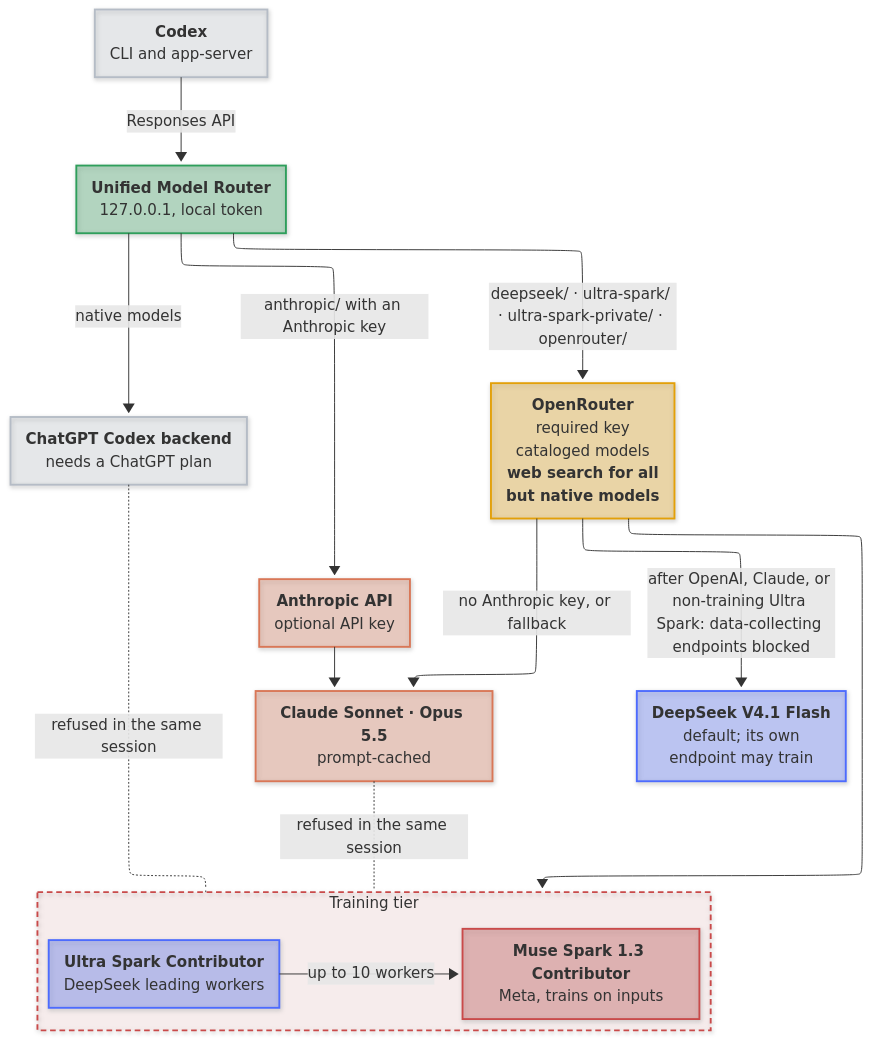
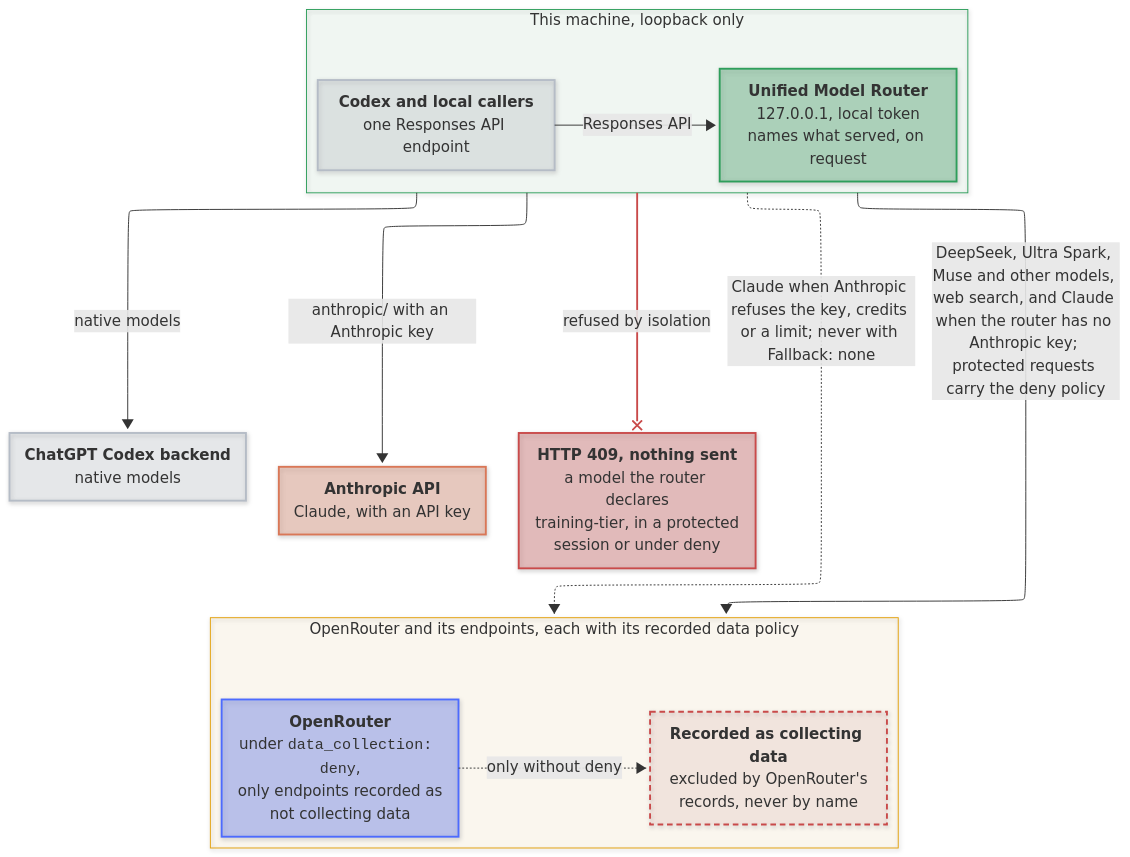
Before and after one commit to mirzahusadzic/unified-model-router: the diagram in README.md, drawn with Mermaid. The commit also changed other lines of this file and 1 other file, not shown here.

Commit message:
docs: draw the README chart by data policy, not by provider names
The chart no longer marks providers or models as training by name; it
shows the mechanism. Codex and local callers reach the router on one
row inside a "This machine, loopback only" box. Blue routes go to
OpenRouter: DeepSeek, Ultra Spark, Muse and other models, web search,
and Claude when the router has no Anthropic key, with protected
requests carrying the deny policy; a dotted one carries Claude when
Anthropic refuses the key, credits or a limit, never with
Fallback: none. Under data_collection: deny, OpenRouter uses only
endpoints its own records count as not collecting data; the endpoints
recorded as collecting data are drawn apart, reached only without
deny. Isolation is a red dead end: HTTP 409, nothing sent, for a model
the router declares training-tier. The key and the caption match.

Provider isolation in docs/routing.md now calls the training tier a
list the router declares, and describes the deny policy's reach by
OpenRouter's records rather than by naming who trains.

````diff
--- a/README.md
+++ b/README.md
@@ -38,7 +38,8 @@
     themeCSS: >-
         foreignObject { overflow: visible; }
         [data-look="neo"] * { filter: none !important; }
-        .node foreignObject, .node foreignObject *, .edgeLabel, .edgeLabel * {
+        .node foreignObject, .node foreignObject *, .edgeLabel, .edgeLabel *,
+        .cluster-label, .cluster-label * {
         font-family: -apple-system, BlinkMacSystemFont, "Segoe UI", "Noto Sans", Helvetica, Arial, sans-serif !important; line-height: 1.5 !important; }
         .node foreignObject, .node foreignObject * { white-space: nowrap !important; }
         code { font-family: ui-monospace, SFMono-Regular, "SF Mono", Menlo,
@@ -59,17 +60,14 @@
         box-shadow: 0 0 0 5px var(--fill), 0 0 0 7px var(--ring); }
         .label[data-id^="L_CX_RT_"] .labelBkg {
         --ring: #2e9e5b; }
-        .label[data-id^="L_RT_OR_"] .labelBkg,
-        .label[data-id^="L_OR_CL_"] .labelBkg,
-        .label[data-id^="L_OR_DS_"] .labelBkg {
-        --ring: #e3a008; }
-        .label[data-id^="L_RT_AN_"] .labelBkg {
+        .label[data-id^="L_TOP_ORB_"] .labelBkg {
+        --ring: #4d6bfe; }
+        .label[data-id^="L_TOP_AN_"] .labelBkg {
         --ring: #d97757; }
-        .label[data-id^="L_RT_OA_"] .labelBkg {
+        .label[data-id^="L_TOP_OA_"] .labelBkg {
         --ring: #b5bcc6; }
-        .label[data-id^="L_US_MU_"] .labelBkg,
-        .label[data-id^="L_OA_TT_"] .labelBkg,
-        .label[data-id^="L_CL_TT_"] .labelBkg {
+        .label[data-id^="L_TOP_NO_"] .labelBkg,
+        .label[data-id^="L_OR_CD_"] .labelBkg {
         --ring: #c94a4a; }
         .edgeLabel p, .edgeLabel span, .edgeLabel text {
         --halo: var(--fill, var(--vscode-editor-background,
@@ -82,43 +80,44 @@
         0 0 3px var(--halo), 0 0 4px var(--halo); }
 ---
 flowchart TB
-    CX["<b>Codex</b><br/>CLI and app-server"]
-    RT["<b>Unified Model Router</b><br/>127.0.0.1, local token"]
-    OA["<b>ChatGPT Codex backend</b><br/>needs a ChatGPT plan"]
-    AN["<b>Anthropic API</b><br/>optional API key"]
-    OR["<b>OpenRouter</b><br/>required key<br/>cataloged models<br/><b>web search for all</b><br/><b>but native models</b>"]
-    CL["<b>Claude Sonnet · Opus 5.5</b><br/>prompt-cached"]
-    DS["<b>DeepSeek V4.1 Flash</b><br/>default; its own<br/>endpoint may train"]
-    subgraph TT["Training tier"]
+    subgraph TOP["This machine, loopback only"]
         direction LR
-        US["<b>Ultra Spark Contributor</b><br/>DeepSeek leading workers"]
-        MU["<b>Muse Spark 1.3 Contributor</b><br/>Meta, trains on inputs"]
+        CX["<b>Codex and local callers</b><br/>one Responses API endpoint"]
+        RT["<b>Unified Model Router</b><br/>127.0.0.1, local token<br/>names what served, on request"]
+    end
+    OA["<b>ChatGPT Codex backend</b><br/>native models"]
+    AN["<b>Anthropic API</b><br/>Claude, with an API key"]
+    NO["<b>HTTP 409, nothing sent</b><br/>a model the router declares<br/>training-tier, in a protected<br/>session or under deny"]
+    subgraph ORB["OpenRouter and its endpoints, each with its recorded data policy"]
+        direction LR
+        OR["<b>OpenRouter</b><br/>under <code>data_collection: deny</code>,<br/>only endpoints recorded as<br/>not collecting data"]
+        CD["<b>Recorded as collecting data</b><br/>excluded by OpenRouter's<br/>records, never by name"]
     end
     CX -->|"Responses API"| RT
-    RT -->|"native models"| OA
-    RT -->|"anthropic/ with an Anthropic key"| AN
-    RT -->|"deepseek/ · ultra-spark/ · ultra-spark-private/ · openrouter/"| OR
-    AN --> CL
-    OR -->|"no Anthropic key, or fallback"| CL
-    OR -->|"after OpenAI, Claude, or non-training Ultra Spark: data-collecting endpoints blocked"| DS
-    OR --> TT
-    US -->|"up to 10 workers"| MU
-    OA -.-|"refused in the same session"| TT
-    CL -.-|"refused in the same session"| TT
+    TOP -->|"native models"| OA
+    TOP -->|"anthropic/ with an Anthropic key"| AN
+    TOP -->|"DeepSeek, Ultra Spark, Muse and other models, web search, and Claude when the router has no Anthropic key; protected requests carry the deny policy"| ORB
+    TOP -.->|"Claude when Anthropic refuses the key, credits or a limit; never with Fallback:#160;none"| ORB
+    TOP --x|"refused by isolation"| NO
+    OR -.->|"only without deny"| CD
+    AN ~~~ ORB
 
     classDef default fill:#8a96a82e,stroke:#8a96a8,stroke-width:1px
+    classDef row fill:#2e9e5b0d,stroke:#2e9e5b,stroke-width:1px
     classDef router fill:#2e9e5b4d,stroke:#2e9e5b,stroke-width:2px
-    classDef openrouter fill:#e3a0084d,stroke:#e3a008,stroke-width:2px
-    classDef deepseek fill:#4d6bfe4d,stroke:#4d6bfe,stroke-width:2px
+    classDef openrouter fill:#4d6bfe4d,stroke:#4d6bfe,stroke-width:2px
+    classDef endpoints fill:#e3a0080d,stroke:#e3a008,stroke-width:1px
     classDef openai fill:#b5bcc633,stroke:#b5bcc6,stroke-width:2px
     classDef anthropic fill:#d977574d,stroke:#d97757,stroke-width:2px
-    classDef training fill:#c94a4a4d,stroke:#c94a4a,stroke-width:2px
-    classDef trainingTier fill:#c94a4a14,stroke:#c94a4a,stroke-width:2px,stroke-dasharray:6 4
+    classDef refused fill:#c94a4a4d,stroke:#c94a4a,stroke-width:2px
+    classDef excluded fill:#c94a4a14,stroke:#c94a4a,stroke-width:2px,stroke-dasharray:6 4
+    class TOP row
     class RT router
     class OR openrouter
-    class DS,US deepseek
+    class ORB endpoints
     class CX,OA openai
-    class AN,CL anthropic
-    class MU training
-    class TT trainingTier
+    class AN anthropic
+    class NO refused
+    class CD excluded
+    linkStyle 5 stroke:#c94a4a,stroke-width:2px
 ```
````
